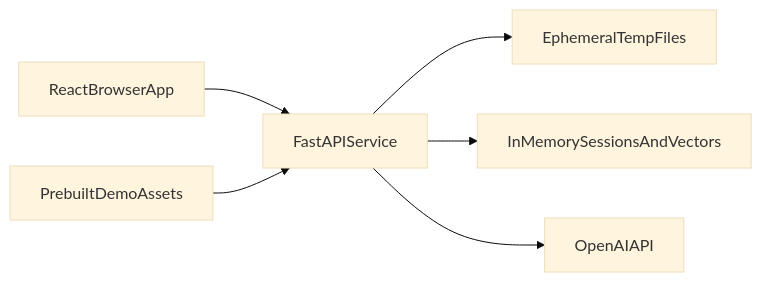
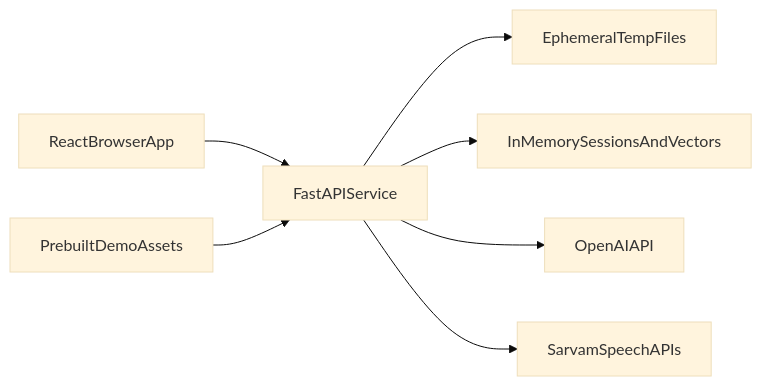
One commit to AbhineethVS/slashforge-build changed the first of 3 diagrams in docs/ARCHITECTURE.md. Above: the diagram before and after it, drawn with Mermaid (base theme). The commit also changed other lines of this file and 32 other files, not shown here.

````diff
--- a/docs/ARCHITECTURE.md
+++ b/docs/ARCHITECTURE.md
@@ -22,8 +23,9 @@
 ```mermaid
 flowchart LR
     Browser[ReactBrowserApp] --> FastAPI[FastAPIService]
     FastAPI --> TempFiles[EphemeralTempFiles]
     FastAPI --> Memory[InMemorySessionsAndVectors]
     FastAPI --> OpenAI[OpenAIAPI]
+    FastAPI --> Sarvam[SarvamSpeechAPIs]
     DemoAssets[PrebuiltDemoAssets] --> FastAPI
 ```
````
